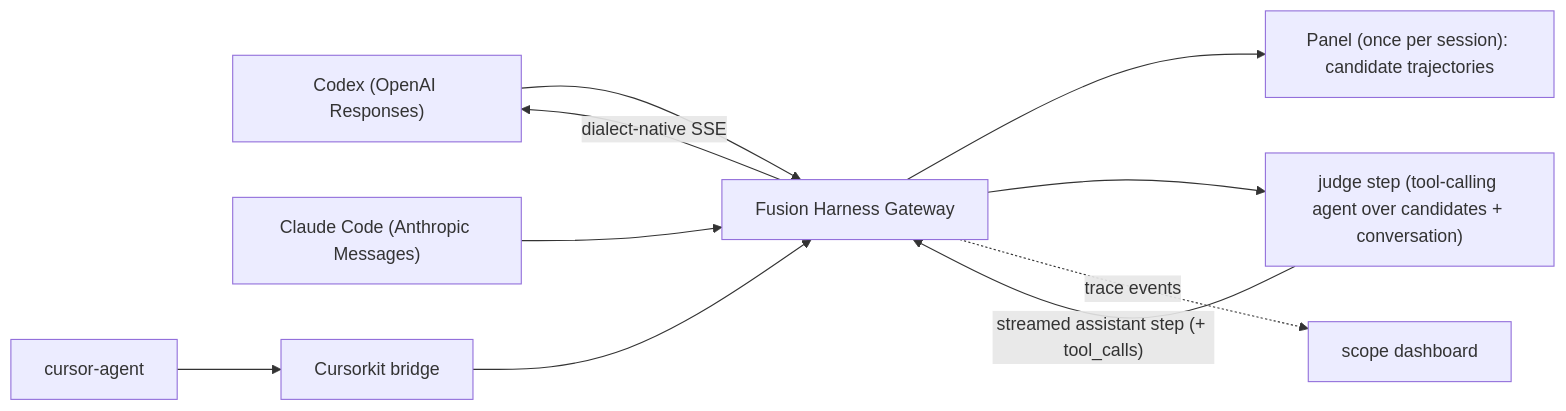
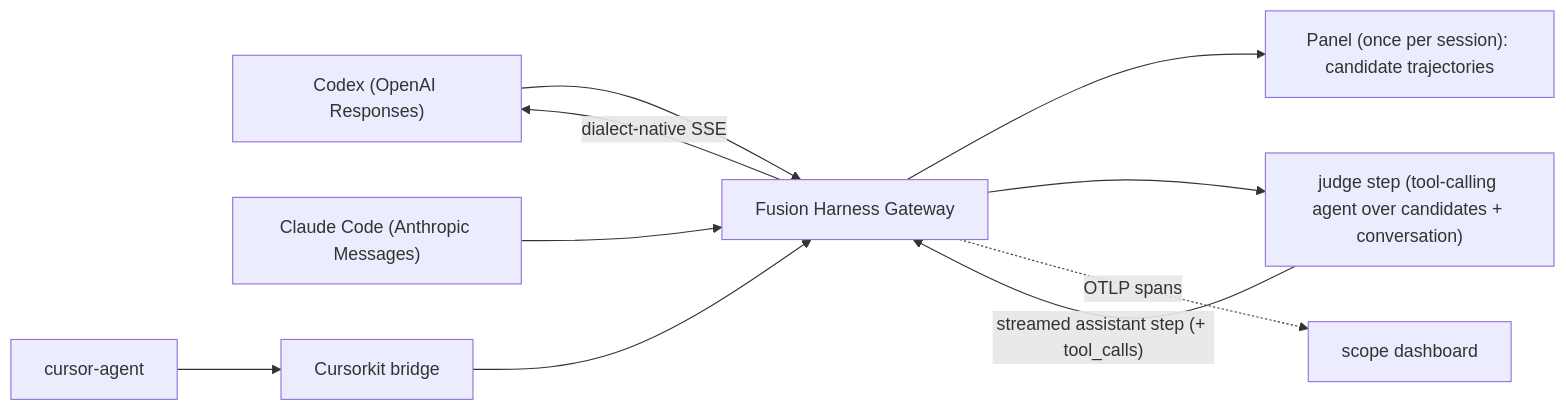
Before and after one commit to velum-labs/handoffkit: the diagram in apps/docs/content/docs/concepts/model-fusion.mdx, drawn with Mermaid. The commit also changed 16 other files, not shown here.

````diff
--- a/apps/docs/content/docs/concepts/model-fusion.mdx
+++ b/apps/docs/content/docs/concepts/model-fusion.mdx
@@ -49,11 +49,11 @@
 ```mermaid
 flowchart LR
   codex["Codex (OpenAI Responses)"] --> gw
   claude["Claude Code (Anthropic Messages)"] --> gw
   cursor["cursor-agent"] --> bridge["Cursorkit bridge"] --> gw
   gw["Fusion Harness Gateway"] --> panels["Panel (once per session): candidate trajectories"]
   gw --> step["judge step (tool-calling agent over candidates + conversation)"]
   step -->|"streamed assistant step (+ tool_calls)"| gw
   gw -->|"dialect-native SSE"| codex
-  gw -.->|"trace events"| dash["scope dashboard"]
+  gw -.->|"OTLP spans"| dash["scope dashboard"]
 ```
````
